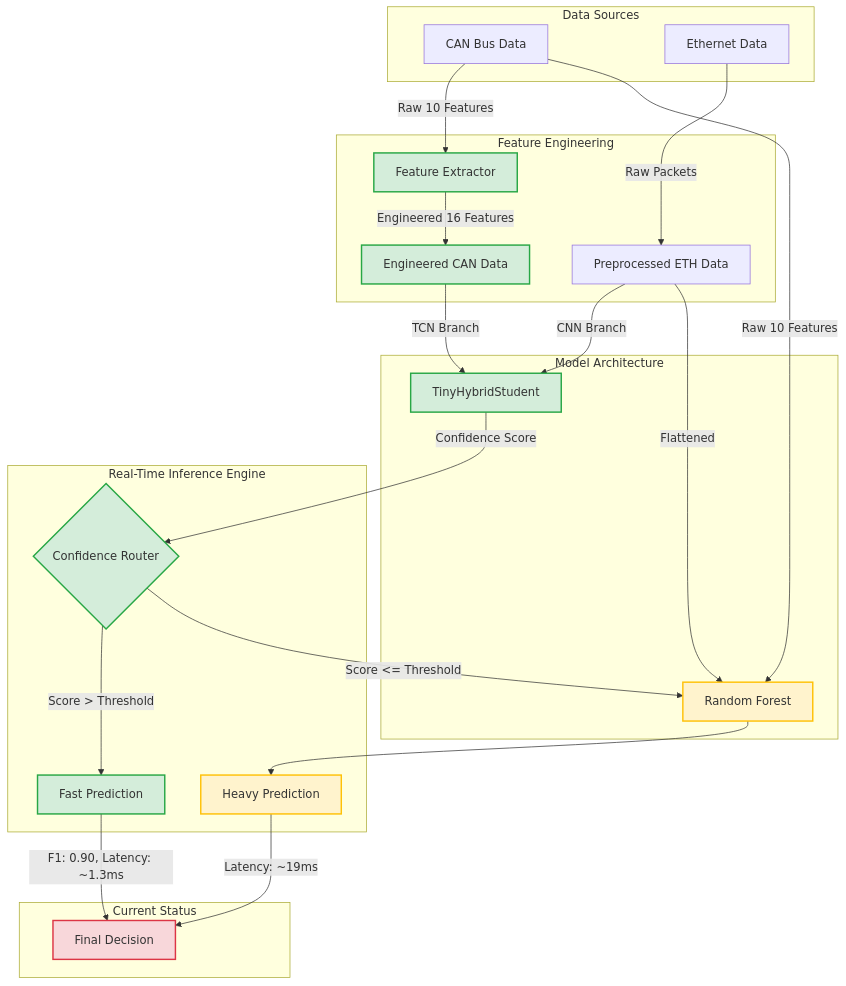
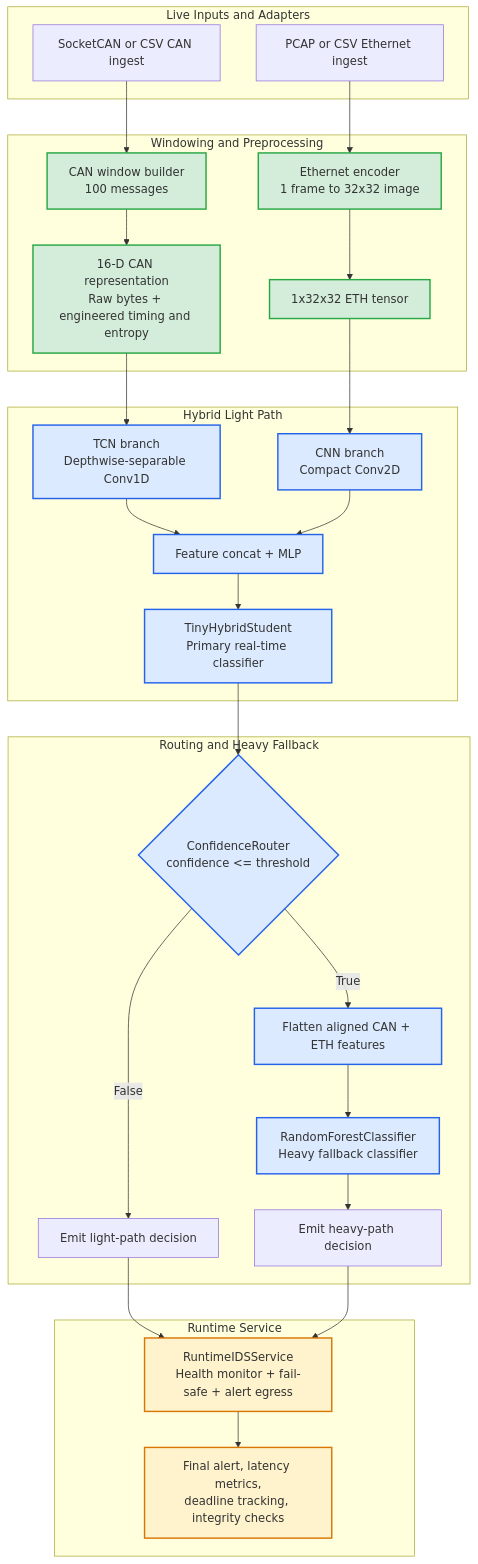
Before and after one commit to tgo460/Research_Auto_IDS: the diagram in Architecture_Diagram.mermaid, drawn with Mermaid. The commit also changed 78 other files, not shown here.

```diff
--- a/Architecture_Diagram.mermaid
+++ b/Architecture_Diagram.mermaid
@@ -1,39 +1,42 @@
-graph TD
-    subgraph Data Sources
-        CAN[CAN Bus Data]
-        ETH[Ethernet Data]
+flowchart TD
+    subgraph S1[Live Inputs and Adapters]
+        CANIn[SocketCAN or CSV CAN ingest]
+        ETHIn[PCAP or CSV Ethernet ingest]
     end
 
-    subgraph Feature Engineering
-        CAN --> |Raw 10 Features| FE[Feature Extractor]
-        FE --> |Engineered 16 Features| CAN_Eng[Engineered CAN Data]
-        ETH --> |Raw Packets| ETH_Prep[Preprocessed ETH Data]
+    subgraph S2[Windowing and Preprocessing]
+        CANIn --> CANWin[CAN window builder<br>100 messages]
+        ETHIn --> ETHWin[Ethernet encoder<br>1 frame to 32x32 image]
+        CANWin --> CANEng[16-D CAN representation<br>Raw bytes + engineered timing and entropy]
+        ETHWin --> ETHImg[1x32x32 ETH tensor]
     end
 
-    subgraph Model Architecture
-        CAN_Eng --> |TCN Branch| LightModel[TinyHybridStudent]
-        ETH_Prep --> |CNN Branch| LightModel
-        
-        CAN --> |Raw 10 Features| HeavyModel[Random Forest]
-        ETH_Prep --> |Flattened| HeavyModel
+    subgraph S3[Hybrid Light Path]
+        CANEng --> TCN[TCN branch<br>Depthwise-separable Conv1D]
+        ETHImg --> CNN[CNN branch<br>Compact Conv2D]
+        TCN --> Fuse[Feature concat + MLP]
+        CNN --> Fuse
+        Fuse --> Light[TinyHybridStudent<br>Primary real-time classifier]
     end
 
-    subgraph Real-Time Inference Engine
-        LightModel --> |Confidence Score| Router{Confidence Router}
-        Router --> |Score > Threshold| FastPred[Fast Prediction]
-        Router --> |Score <= Threshold| HeavyModel
-        HeavyModel --> SlowPred[Heavy Prediction]
+    subgraph S4[Routing and Heavy Fallback]
+        Light --> Router{ConfidenceRouter<br>confidence <= threshold}
+        Router -- False --> FastPred[Emit light-path decision]
+        Router -- True --> HeavyPrep[Flatten aligned CAN + ETH features]
+        HeavyPrep --> Heavy[RandomForestClassifier<br>Heavy fallback classifier]
+        Heavy --> SlowPred[Emit heavy-path decision]
     end
 
-    subgraph Current Status
-        FastPred --> |F1: 0.90, Latency: ~1.3ms| Output[Final Decision]
-        SlowPred --> |Latency: ~19ms| Output
+    subgraph S5[Runtime Service]
+        FastPred --> Service[RuntimeIDSService<br>Health monitor + fail-safe + alert egress]
+        SlowPred --> Service
+        Service --> Output[Final alert, latency metrics,<br>deadline tracking, integrity checks]
     end
 
-    classDef completed fill:#d4edda,stroke:#28a745,stroke-width:2px;
-    classDef inProgress fill:#fff3cd,stroke:#ffc107,stroke-width:2px;
-    classDef future fill:#f8d7da,stroke:#dc3545,stroke-width:2px;
+    classDef stable fill:#d4edda,stroke:#28a745,stroke-width:2px;
+    classDef core fill:#dbeafe,stroke:#2563eb,stroke-width:2px;
+    classDef runtime fill:#fff3cd,stroke:#d97706,stroke-width:2px;
 
-    class FE,CAN_Eng,LightModel,Router,FastPred completed;
-    class HeavyModel,SlowPred inProgress;
-    class Output future;
+    class CANWin,ETHWin,CANEng,ETHImg stable;
+    class TCN,CNN,Fuse,Light,Router,HeavyPrep,Heavy core;
+    class Service,Output runtime;
```
